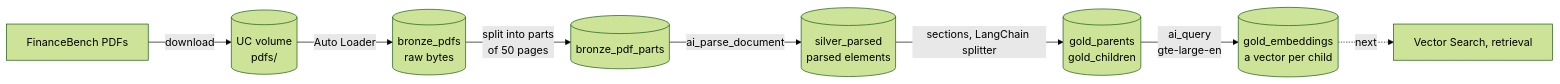
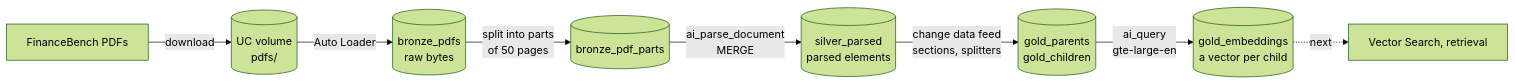
One commit to SuddhaswattaMaityUK/dbx-finance-bench-rag changed the diagram in README.md. Above: the diagram before and after it, drawn with Mermaid (forest theme). The commit also changed other lines of this file and 2 other files, not shown here.

First line of the commit message:
Silver repairs itself on a rerun: MERGE the new and rate-limited parts

````diff
--- a/README.md
+++ b/README.md
@@ -9,10 +9,10 @@
 ```mermaid
 flowchart LR
     A[FinanceBench PDFs] -->|download| V[(UC volume<br/>pdfs/)]
     V -->|Auto Loader| B[(bronze_pdfs<br/>raw bytes)]
     B -->|"split into parts<br/>of 50 pages"| T[("bronze_pdf_parts")]
-    T -->|"ai_parse_document"| S[("silver_parsed<br/>parsed elements")]
-    S -->|"sections, LangChain splitter"| G[("gold_parents<br/>gold_children")]
+    T -->|"ai_parse_document<br/>MERGE"| S[("silver_parsed<br/>parsed elements")]
+    S -->|"change data feed<br/>sections, splitters"| G[("gold_parents<br/>gold_children")]
     G -->|"ai_query<br/>gte-large-en"| E[("gold_embeddings<br/>a vector per child")]
     E -.->|next| R["Vector Search, retrieval"]
 ```
````
